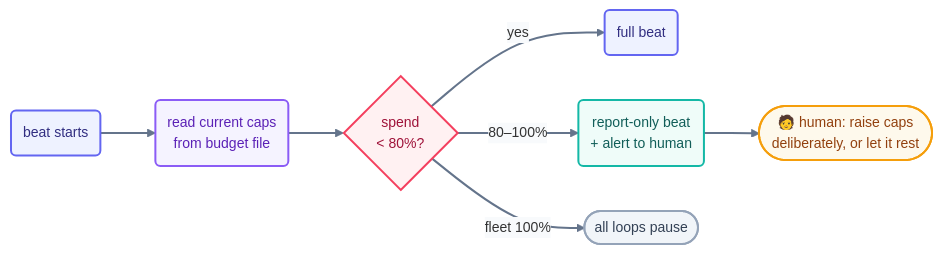
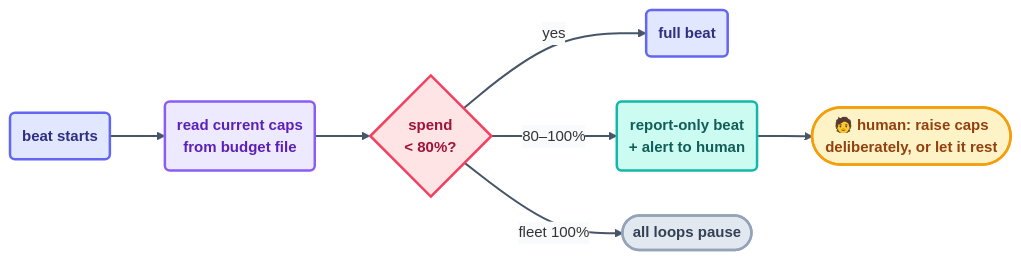
The diagram in docs/08-part-6-human-control/cost-management.md (ayeshakhalid192007-dev/LoopEngineering-CrashCourse), drawn with Mermaid before and after one commit. The commit also changed 66 other files, not shown here.

First line of the commit message:
docs(diagrams): visibly bolder pass — deeper fills, heavier strokes, semibold labels

````diff
--- a/docs/08-part-6-human-control/cost-management.md
+++ b/docs/08-part-6-human-control/cost-management.md
@@ -31,17 +31,17 @@
 ```mermaid
-%%{init: {'theme':'base','themeVariables':{'fontFamily':'ui-sans-serif, system-ui, sans-serif','fontSize':'14px','lineColor':'#64748b','edgeLabelBackground':'#f8fafc'},'flowchart':{'curve':'basis','nodeSpacing':45,'rankSpacing':55,'padding':12}}}%%
+%%{init: {'theme':'base','themeVariables':{'fontFamily':'ui-sans-serif, system-ui, sans-serif','fontSize':'15px','lineColor':'#475569','edgeLabelBackground':'#f8fafc'},'flowchart':{'curve':'basis','nodeSpacing':45,'rankSpacing':55,'padding':12}}}%%
 flowchart LR
     B("beat starts"):::beat --> RC("read current caps<br/>from budget file"):::cfg
     RC --> C{"spend<br/>< 80%?"}:::limit
     C -->|yes| W("full beat"):::beat
     C -->|"80–100%"| RO("report-only beat<br/>+ alert to human"):::check
     C -->|"fleet 100%"| STOP(["all loops pause"]):::stop
     RO --> H(["🧑 human: raise caps<br/>deliberately, or let it rest"]):::human
-    linkStyle default stroke:#64748b,stroke-width:2px;
-    classDef beat fill:#eef2ff,stroke:#6366f1,stroke-width:2px,color:#312e81;
-    classDef cfg fill:#f5f3ff,stroke:#8b5cf6,stroke-width:2px,color:#5b21b6;
-    classDef limit fill:#fff1f2,stroke:#f43f5e,stroke-width:2px,color:#9f1239;
-    classDef check fill:#effcf9,stroke:#14b8a6,stroke-width:2px,color:#115e59;
-    classDef stop fill:#f1f5f9,stroke:#94a3b8,stroke-width:2px,color:#334155;
-    classDef human fill:#fef9ec,stroke:#f59e0b,stroke-width:2px,color:#92400e;
+    linkStyle default stroke:#475569,stroke-width:2px;
+    classDef beat fill:#e0e7ff,stroke:#6366f1,stroke-width:2.5px,color:#312e81,font-weight:600;
+    classDef cfg fill:#ede9fe,stroke:#8b5cf6,stroke-width:2.5px,color:#5b21b6,font-weight:600;
+    classDef limit fill:#ffe4e6,stroke:#f43f5e,stroke-width:2.5px,color:#9f1239,font-weight:600;
+    classDef check fill:#ccfbf1,stroke:#14b8a6,stroke-width:2.5px,color:#115e59,font-weight:600;
+    classDef stop fill:#e2e8f0,stroke:#94a3b8,stroke-width:2.5px,color:#334155,font-weight:600;
+    classDef human fill:#fef3c7,stroke:#f59e0b,stroke-width:2.5px,color:#92400e,font-weight:600;
 ```
````
